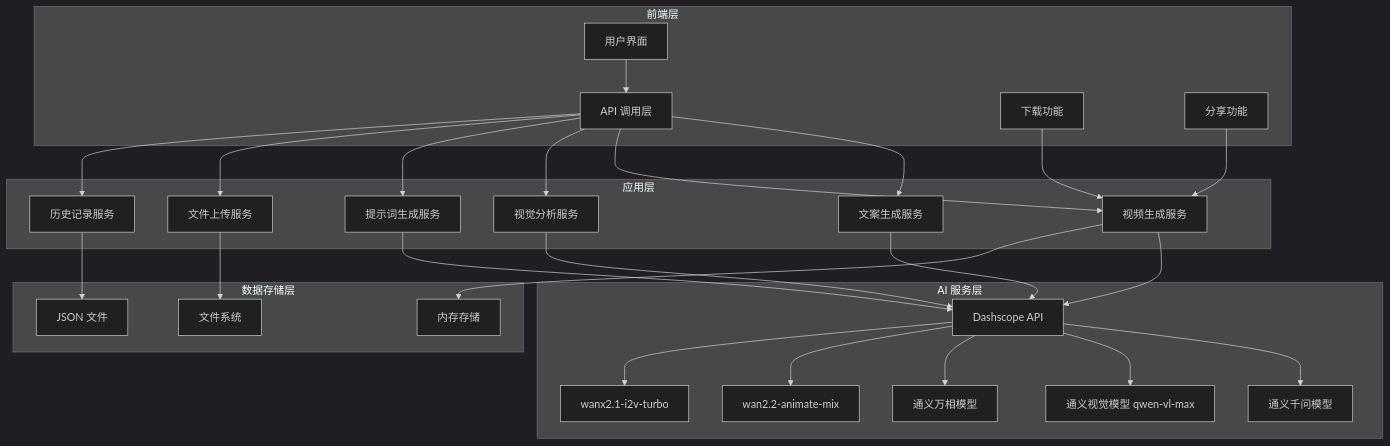
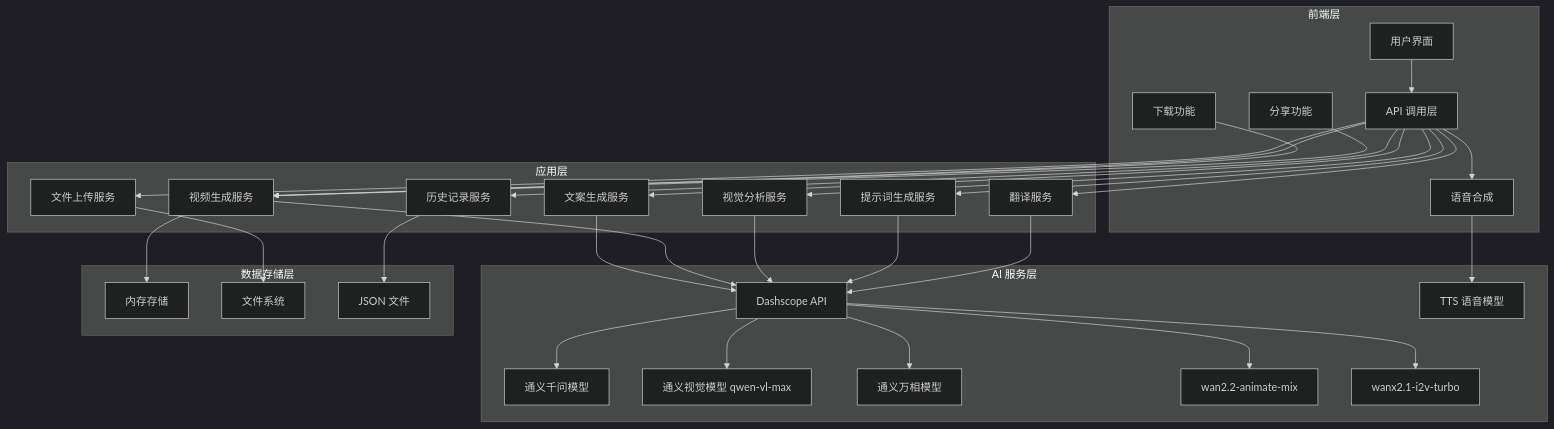
One commit to zuozuoliu740-cmd/xianxiong-news changed the first of 9 diagrams in .qoder/repowiki/zh/content/Dashscope Integration.md. Above: the diagram before and after it, drawn with Mermaid (dark theme). The commit also changed other lines of this file and 72 other files, not shown here.

````diff
--- a/.qoder/repowiki/zh/content/Dashscope Integration.md
+++ b/.qoder/repowiki/zh/content/Dashscope Integration.md
@@ -64,51 +65,58 @@
 ```mermaid
 graph TB
 subgraph "前端层"
 UI[用户界面]
 API[API 调用层]
 DOWNLOAD[下载功能]
 SHARE[分享功能]
+TTS[语音合成]
 end
 subgraph "应用层"
 DESC[文案生成服务]
 VIDEO[视频生成服务]
 UPLOAD[文件上传服务]
 HISTORY[历史记录服务]
 ANALYZE[视觉分析服务]
 PROMPT[提示词生成服务]
+TRANSLATE[翻译服务]
 end
 subgraph "AI 服务层"
 DASHSCOPE[Dashscope API]
 QWEN[通义千问模型]
 QWEN_VL[通义视觉模型 qwen-vl-max]
 WANXIANG[通义万相模型]
 WAN22[wan2.2-animate-mix]
 WANX1[wanx2.1-i2v-turbo]
+TTS_MODEL[TTS 语音模型]
 end
 subgraph "数据存储层"
 MEMORY[内存存储]
 DISK[文件系统]
 JSON[JSON 文件]
 end
 UI --> API
 API --> DESC
 API --> VIDEO
 API --> ANALYZE
 API --> PROMPT
+API --> TRANSLATE
+API --> TTS
 API --> UPLOAD
 API --> HISTORY
 DOWNLOAD --> VIDEO
 SHARE --> VIDEO
+TTS --> TTS_MODEL
 DESC --> DASHSCOPE
 VIDEO --> DASHSCOPE
 ANALYZE --> DASHSCOPE
 PROMPT --> DASHSCOPE
+TRANSLATE --> DASHSCOPE
 DASHSCOPE --> QWEN
 DASHSCOPE --> QWEN_VL
 DASHSCOPE --> WANXIANG
 DASHSCOPE --> WAN22
 DASHSCOPE --> WANX1
 VIDEO --> MEMORY
 HISTORY --> JSON
 UPLOAD --> DISK
 ```
````
